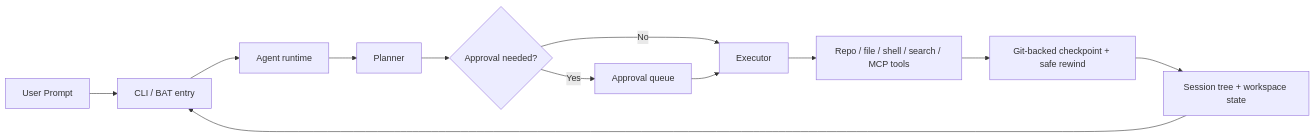
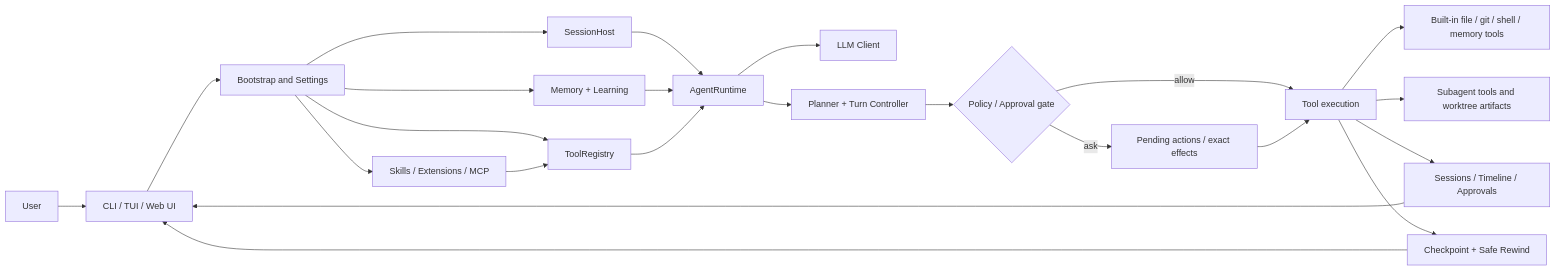
The diagram in README.md (CHEN2003-CHIP/pp-Echo), drawn with Mermaid before and after one commit. The commit also changed other lines of this file and 20 other files, not shown here.

````diff
--- a/README.md
+++ b/README.md
@@ -545,14 +61,29 @@
 ```mermaid
 flowchart LR
-  U["User Prompt"] --> CLI["CLI / BAT entry"]
-  CLI --> RT["Agent runtime"]
-  RT --> PLAN["Planner"]
-  PLAN --> GATE{"Approval needed?"}
-  GATE -->|"Yes"| AQ["Approval queue"]
-  GATE -->|"No"| EXEC["Executor"]
-  AQ --> EXEC
-  EXEC --> TOOLS["Repo / file / shell / search / MCP tools"]
-  TOOLS --> CKPT["Git-backed checkpoint + safe rewind"]
-  CKPT --> SESS["Session tree + workspace state"]
-  SESS --> CLI
+  U["User"] --> UI["CLI / TUI / Web UI"]
+  UI --> BOOT["Bootstrap and Settings"]
+  BOOT --> HOST["SessionHost"]
+  BOOT --> REG["ToolRegistry"]
+  BOOT --> CAPS["Skills / Extensions / MCP"]
+  BOOT --> MEM["Memory + Learning"]
+
+  HOST --> RT["AgentRuntime"]
+  MEM --> RT
+  CAPS --> REG
+  REG --> RT
+
+  RT --> LLM["LLM Client"]
+  RT --> PLAN["Planner + Turn Controller"]
+  PLAN --> POLICY{"Policy / Approval gate"}
+  POLICY -->|allow| EXEC["Tool execution"]
+  POLICY -->|ask| PENDING["Pending actions / exact effects"]
+  PENDING --> EXEC
+
+  EXEC --> BUILTIN["Built-in file / git / shell / memory tools"]
+  EXEC --> SUB["Subagent tools and worktree artifacts"]
+  EXEC --> STATE["Sessions / Timeline / Approvals"]
+  EXEC --> CKPT["Checkpoint + Safe Rewind"]
+
+  STATE --> UI
+  CKPT --> UI
 ```
````
